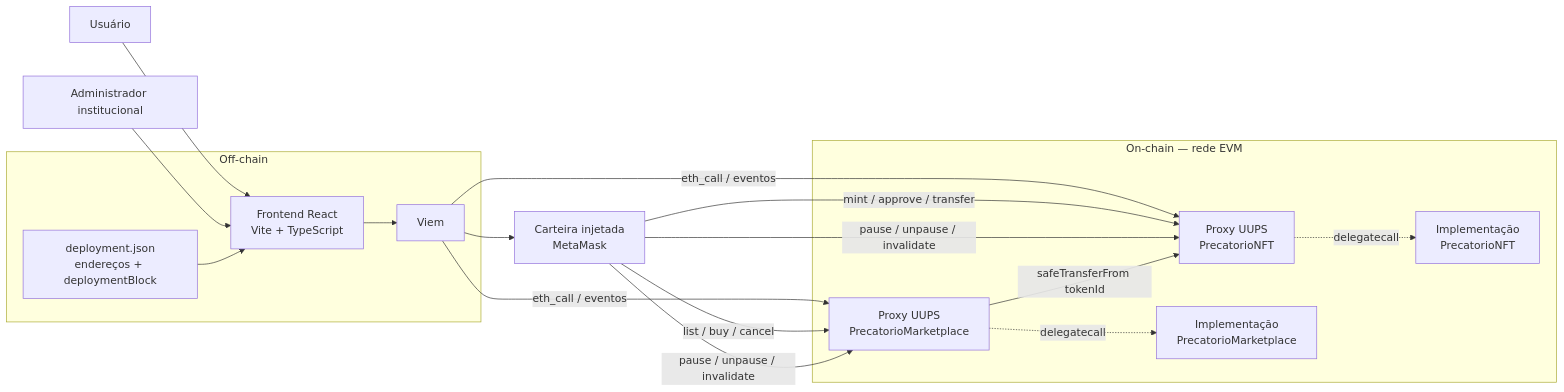
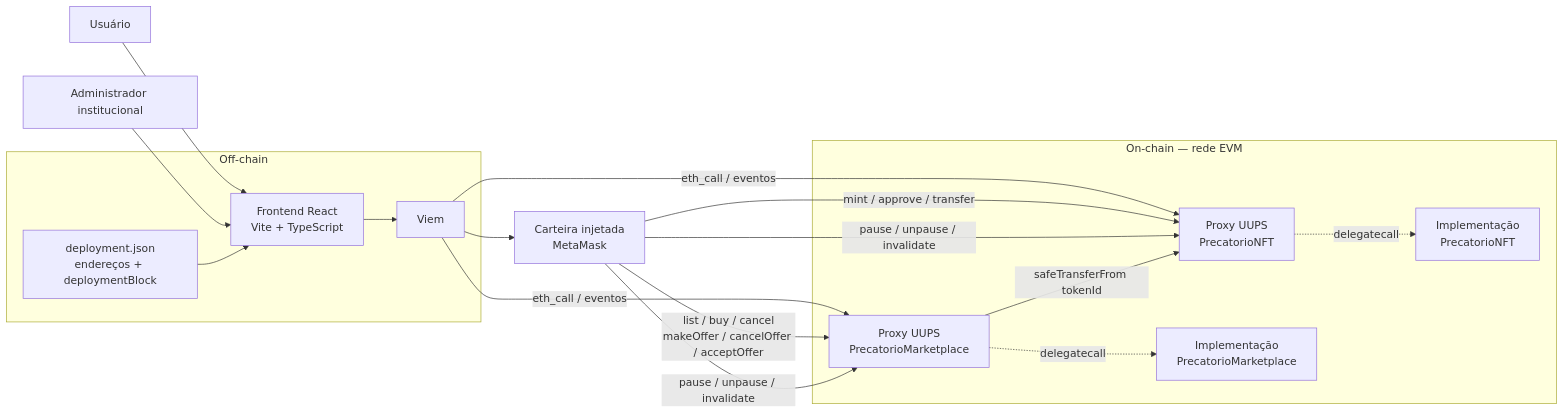
One commit to Victor-droid165/blockchain changed the diagram in Lab4/docs/arquitetura/sistema.md. Above: the diagram before and after it, drawn with Mermaid. The commit also changed other lines of this file and 4 other files, not shown here.

````diff
--- a/Lab4/docs/arquitetura/sistema.md
+++ b/Lab4/docs/arquitetura/sistema.md
@@ -5,36 +5,36 @@
 ```mermaid
 flowchart LR
     U[Usuário]
     A[Administrador institucional]
     W[Carteira injetada<br/>MetaMask]
 
     subgraph OFF["Off-chain"]
         FE[Frontend React<br/>Vite + TypeScript]
         VIEM[Viem]
         DEP[deployment.json<br/>endereços + deploymentBlock]
     end
 
     subgraph CHAIN["On-chain — rede EVM"]
         PNFT[Proxy UUPS<br/>PrecatorioNFT]
         PMKT[Proxy UUPS<br/>PrecatorioMarketplace]
         NFT_IMPL[Implementação<br/>PrecatorioNFT]
         MKT_IMPL[Implementação<br/>PrecatorioMarketplace]
     end
 
     U --> FE
     A --> FE
     FE --> VIEM
     DEP --> FE
     VIEM --> W
     VIEM -->|eth_call / eventos| PNFT
     VIEM -->|eth_call / eventos| PMKT
 
     W -->|mint / approve / transfer| PNFT
-    W -->|list / buy / cancel| PMKT
+    W -->|list / buy / cancel<br/>makeOffer / cancelOffer / acceptOffer| PMKT
     W -->|pause / unpause / invalidate| PNFT
     W -->|pause / unpause / invalidate| PMKT
 
     PNFT -. delegatecall .-> NFT_IMPL
     PMKT -. delegatecall .-> MKT_IMPL
     PMKT -->|safeTransferFrom tokenId| PNFT
 ```
````
